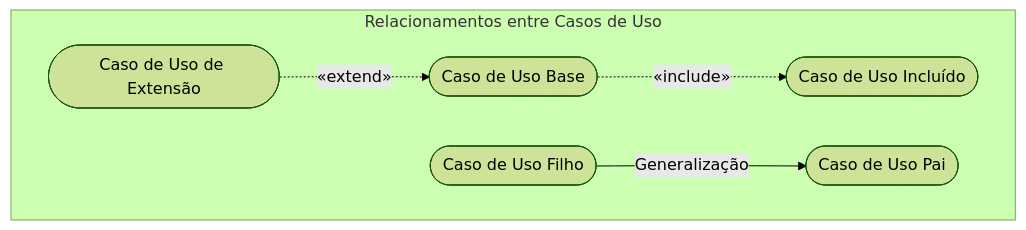
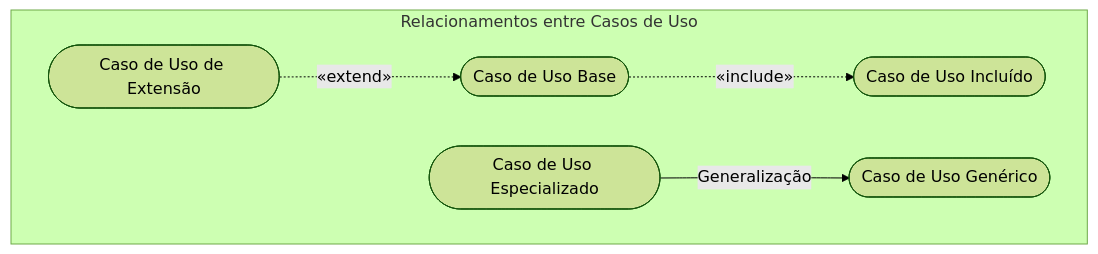
Before and after one commit to murilolol/unifef: diagram 11 of 24 in 4º Semestre/[Prof. Wesley Soares] Engenharia de Software II/Resumos-IA/Simulados-Comentados.md, drawn with Mermaid (forest theme). The commit also changed other lines of this file and 10 other files, not shown here.

````diff
--- a/4º Semestre/[Prof. Wesley Soares] Engenharia de Software II/Resumos-IA/Simulados-Comentados.md
+++ b/4º Semestre/[Prof. Wesley Soares] Engenharia de Software II/Resumos-IA/Simulados-Comentados.md
@@ -377,14 +641,14 @@
 ```mermaid
 flowchart TD
- subgraph DominioCasosUso["Relacionamentos entre Casos de Uso"]
- Base(["Caso de Uso Base"])
- Inc(["Caso de Uso Incluído"])
- Ext(["Caso de Uso de Extensão"])
- Pai(["Caso de Uso Pai"])
- Filho(["Caso de Uso Filho"])
+    subgraph TiposRelacionamentos["Relacionamentos entre Casos de Uso"]
+        Base(["Caso de Uso Base"])
+        Inc(["Caso de Uso Incluído"])
+        Ext(["Caso de Uso de Extensão"])
+        Pai(["Caso de Uso Genérico"])
+        Filho(["Caso de Uso Especializado"])
 
- Base -.->|"«include»"| Inc
- Ext -.->|"«extend»"| Base
- Filho -->|"Generalização"| Pai
- end
+        Base -.->|"«include»"| Inc
+        Ext -.->|"«extend»"| Base
+        Filho -->|"Generalização"| Pai
+    end
 ```
````
